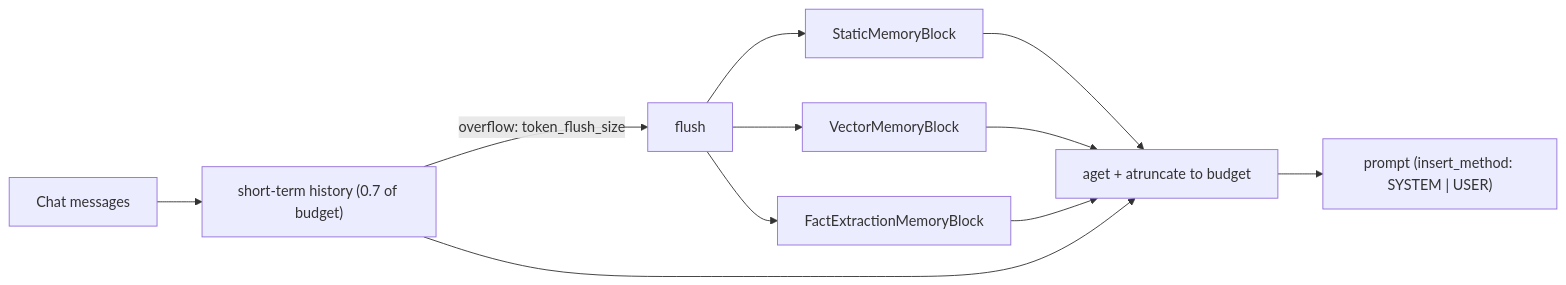
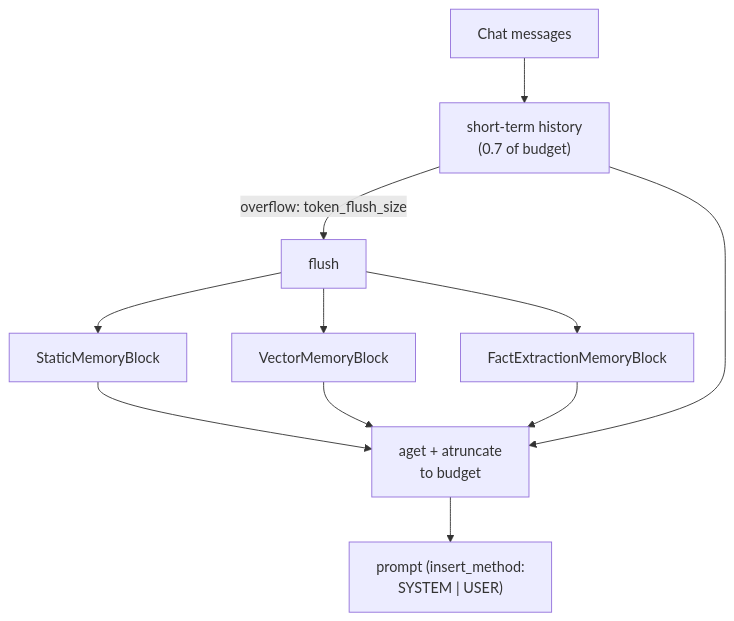
One commit to neoneye/agent-memory-atlas changed the diagram in content/systems/llamaindex.md. Above: the diagram before and after it, drawn with Mermaid. The commit also changed 99 other files, not shown here.

First line of the commit message:
Reshape the remaining 49 diagrams so their labels are legible

````diff
--- a/content/systems/llamaindex.md
+++ b/content/systems/llamaindex.md
@@ -89,13 +89,13 @@
 ```mermaid
-flowchart LR
-  Msgs["Chat messages"] --> Hist["short-term history (0.7 of budget)"]
+flowchart TD
+  Msgs["Chat messages"] --> Hist["short-term history<br/>(0.7 of budget)"]
   Hist -->|overflow: token_flush_size| Flush["flush"]
   Flush --> Static["StaticMemoryBlock"]
   Flush --> Vec["VectorMemoryBlock"]
   Flush --> Fact["FactExtractionMemoryBlock"]
-  Static --> Assemble["aget + atruncate to budget"]
+  Static --> Assemble["aget + atruncate<br/>to budget"]
   Vec --> Assemble
   Fact --> Assemble
   Hist --> Assemble
-  Assemble --> Prompt["prompt (insert_method: SYSTEM | USER)"]
+  Assemble --> Prompt["prompt (insert_method:<br/>SYSTEM | USER)"]
 ```
````
